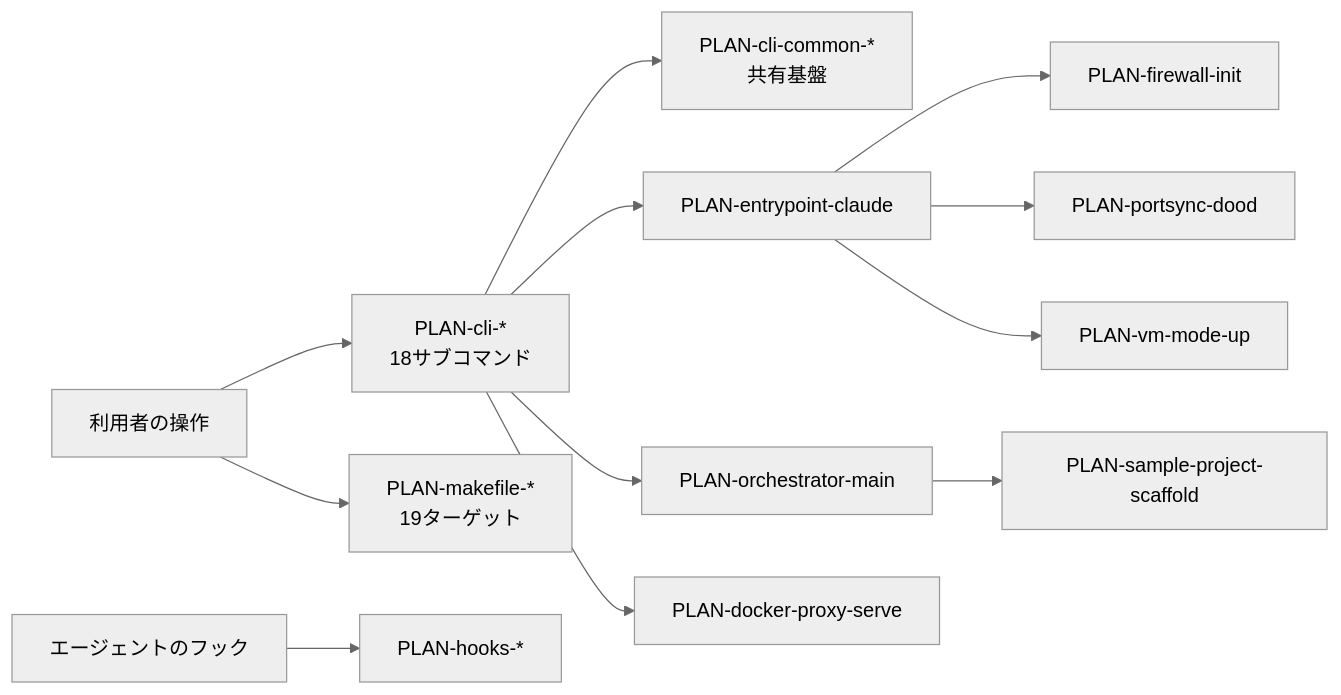
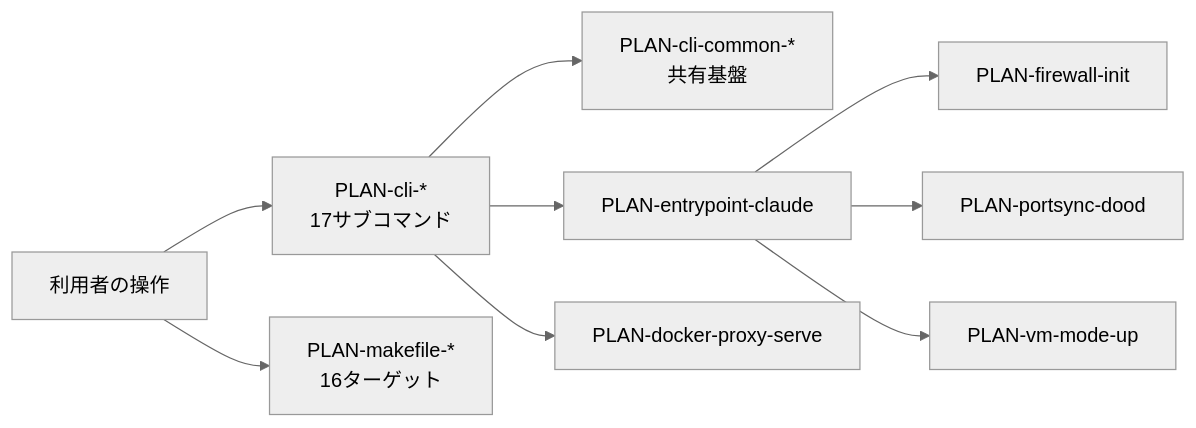
The diagram in docs/02-design/relations.md (quvox/claude-dev-env), drawn with Mermaid (neutral theme) before and after one commit. The commit also changed other lines of this file and 782 other files, not shown here.

````diff
--- a/docs/02-design/relations.md
+++ b/docs/02-design/relations.md
@@ -107,14 +93,11 @@
 ```mermaid
 graph LR
-  U[利用者の操作] --> CLI[PLAN-cli-*<br/>18サブコマンド]
-  U --> MK[PLAN-makefile-*<br/>19ターゲット]
+  U[利用者の操作] --> CLI[PLAN-cli-*<br/>17サブコマンド]
+  U --> MK[PLAN-makefile-*<br/>16ターゲット]
   CLI --> COM[PLAN-cli-common-*<br/>共有基盤]
   CLI --> EP[PLAN-entrypoint-claude]
   EP --> FW[PLAN-firewall-init]
   EP --> PS[PLAN-portsync-dood]
   EP --> VM[PLAN-vm-mode-up]
-  CLI --> ORCH[PLAN-orchestrator-main]
-  ORCH --> SP[PLAN-sample-project-scaffold]
   CLI --> DP[PLAN-docker-proxy-serve]
-  AGENT[エージェントのフック] --> HK[PLAN-hooks-*]
 ```
````
